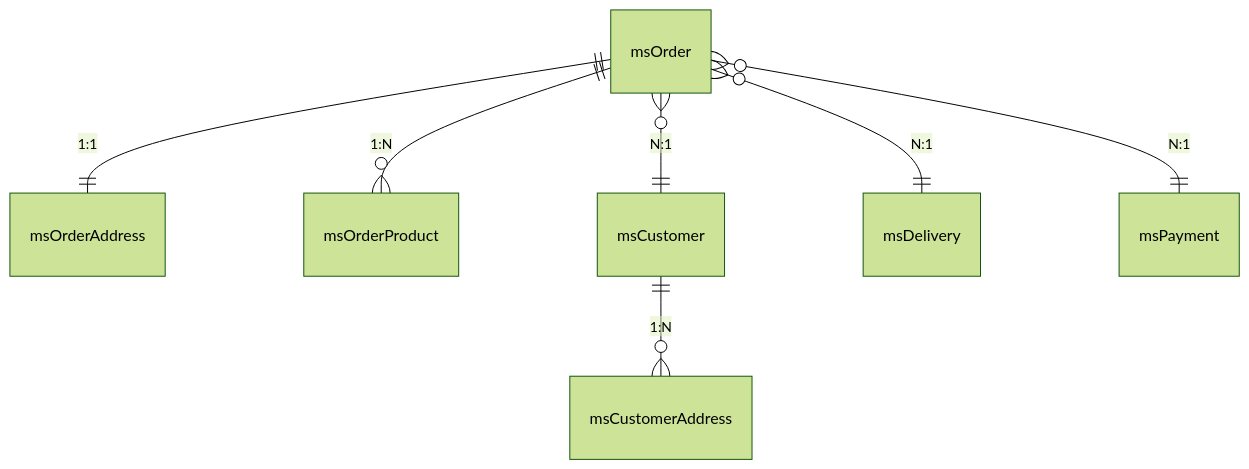
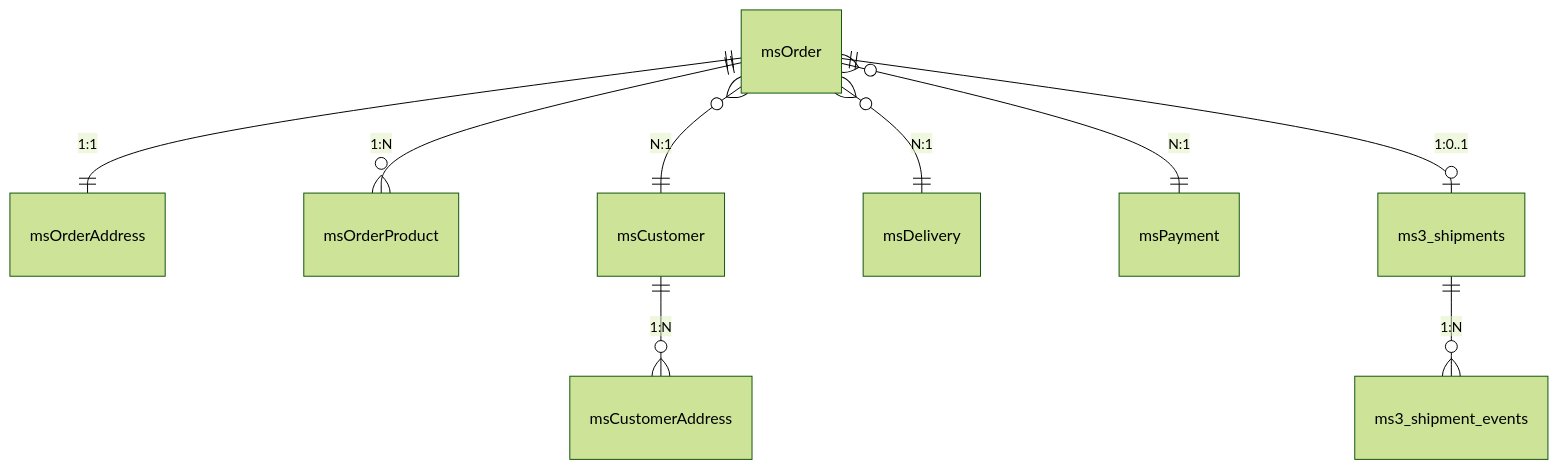
The fourth of 4 diagrams in docs/components/minishop3/development/models.md (modx-pro/Docs), drawn with Mermaid (forest theme) before and after one commit. The commit also changed other lines of this file and 5 other files, not shown here.

````diff
--- a/docs/components/minishop3/development/models.md
+++ b/docs/components/minishop3/development/models.md
@@ -467,9 +496,11 @@
 ```mermaid
 erDiagram
   msOrder ||--|| msOrderAddress : "1:1"
   msOrder ||--o{ msOrderProduct : "1:N"
   msOrder }o--|| msCustomer : "N:1"
   msCustomer ||--o{ msCustomerAddress : "1:N"
   msOrder }o--|| msDelivery : "N:1"
   msOrder }o--|| msPayment : "N:1"
+  msOrder ||--o| ms3_shipments : "1:0..1"
+  ms3_shipments ||--o{ ms3_shipment_events : "1:N"
 ```
````
